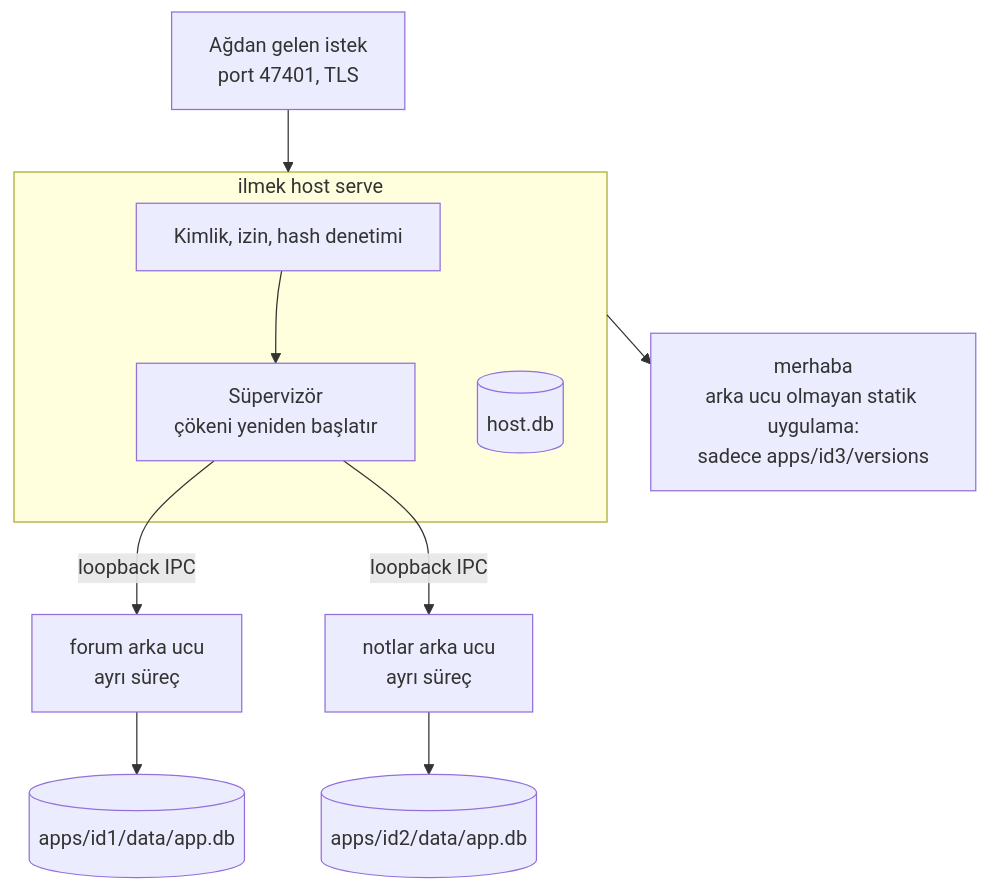
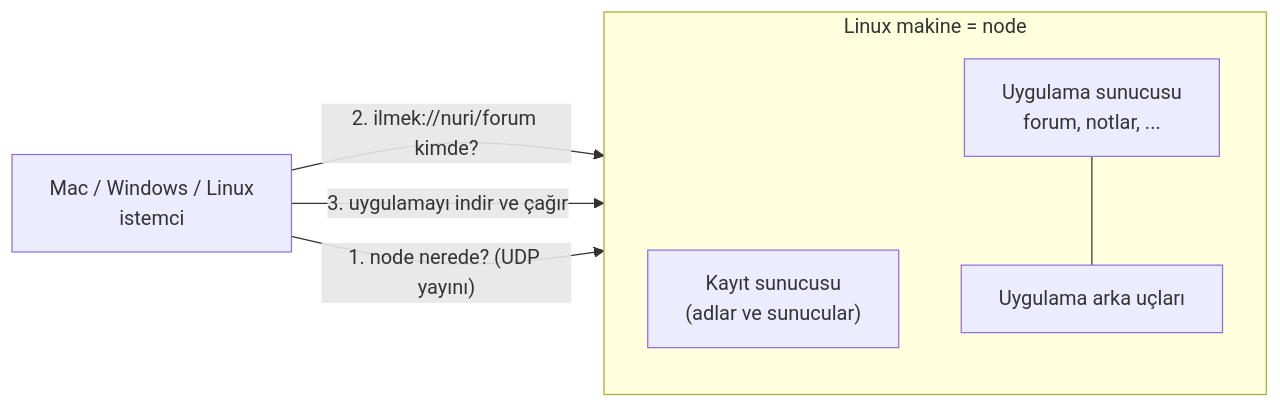
Before and after one commit to nuricanozturk01/project-ilmek: the first of 2 diagrams in docs/REHBER.md, drawn with Mermaid. The commit also changed other lines of this file and 180 other files, not shown here.

````diff
--- a/docs/REHBER.md
+++ b/docs/REHBER.md
@@ -227,15 +19,14 @@
 ```mermaid
-flowchart TB
-    NET["Ağdan gelen istek<br/>port 47401, TLS"] --> HOST
-    subgraph HOST["ilmek host serve"]
-        SVC["Kimlik, izin, hash denetimi"]
-        SUP["Süpervizör<br/>çökeni yeniden başlatır"]
-        DB[("host.db")]
+flowchart LR
+    subgraph L["Linux makine = node"]
+        direction TB
+        R["Kayıt sunucusu<br/>(adlar ve sunucular)"]
+        H["Uygulama sunucusu<br/>forum, notlar, ..."]
+        B["Uygulama arka uçları"]
+        H --- B
     end
-    SVC --> SUP
-    SUP -- "loopback IPC" --> B1["forum arka ucu<br/>ayrı süreç"]
-    SUP -- "loopback IPC" --> B2["notlar arka ucu<br/>ayrı süreç"]
-    B1 --> D1[("apps/id1/data/app.db")]
-    B2 --> D2[("apps/id2/data/app.db")]
-    HOST --> ST["merhaba<br/>arka ucu olmayan statik uygulama:<br/>sadece apps/id3/versions"]
+    M["Mac / Windows / Linux<br/>istemci"]
+    M -- "1. node nerede? (UDP yayını)" --> L
+    M -- "2. ilmek://nuri/forum kimde?" --> R
+    M -- "3. uygulamayı indir ve çağır" --> H
 ```
````
